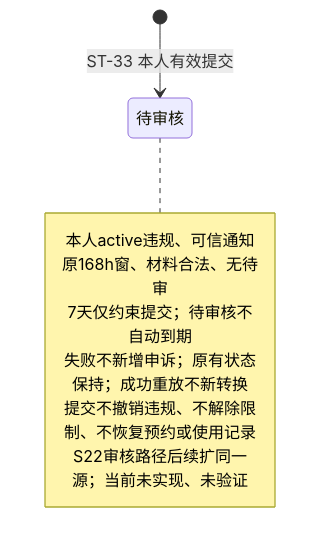
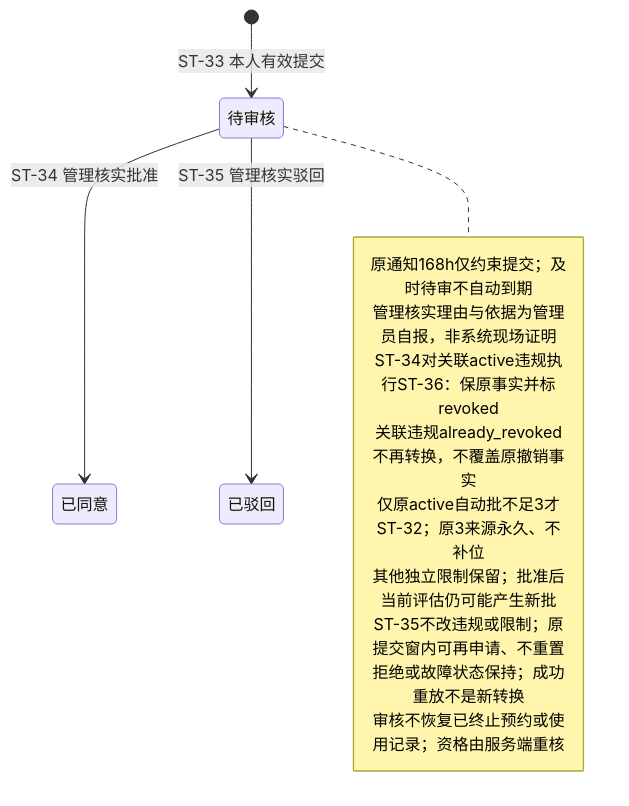
Before and after one commit to 1xiaoyueryuer/smart-study-room-reservation-and-management-system: the eighth of 9 diagrams in docs/requirements/图模型/模型源与图件.md, drawn with Mermaid. The commit also changed other lines of this file and 35 other files, not shown here.

````diff
--- a/docs/requirements/图模型/模型源与图件.md
+++ b/docs/requirements/图模型/模型源与图件.md
@@ -217,12 +217,20 @@
 ```mermaid
 stateDiagram-v2
  state "待审核" as submitted
+ state "已同意" as approved
+ state "已驳回" as rejected
  [*] --> submitted: ST-33 本人有效提交
+ submitted --> approved: ST-34 管理核实批准
+ submitted --> rejected: ST-35 管理核实驳回
  note right of submitted
-  本人active违规、可信通知原168h窗、材料合法、无待审
-  7天仅约束提交；待审核不自动到期
-  失败不新增申诉；原有状态保持；成功重放不新转换
-  提交不撤销违规、不解除限制、不恢复预约或使用记录
-  S22审核路径后续扩同一源；当前未实现、未验证
+  原通知168h仅约束提交；及时待审不自动到期
+  管理核实理由与依据为管理员自报，非系统现场证明
+  ST-34对关联active违规执行ST-36：保原事实并标revoked
+  关联违规already_revoked不再转换，不覆盖原撤销事实
+  仅原active自动批不足3才ST-32；原3来源永久、不补位
+  其他独立限制保留；批准后当前评估仍可能产生新批
+  ST-35不改违规或限制；原提交窗内可再申请、不重置
+  拒绝或故障状态保持；成功重放不是新转换
+  审核不恢复已终止预约或使用记录；资格由服务端重核
  end note
 ```
````
